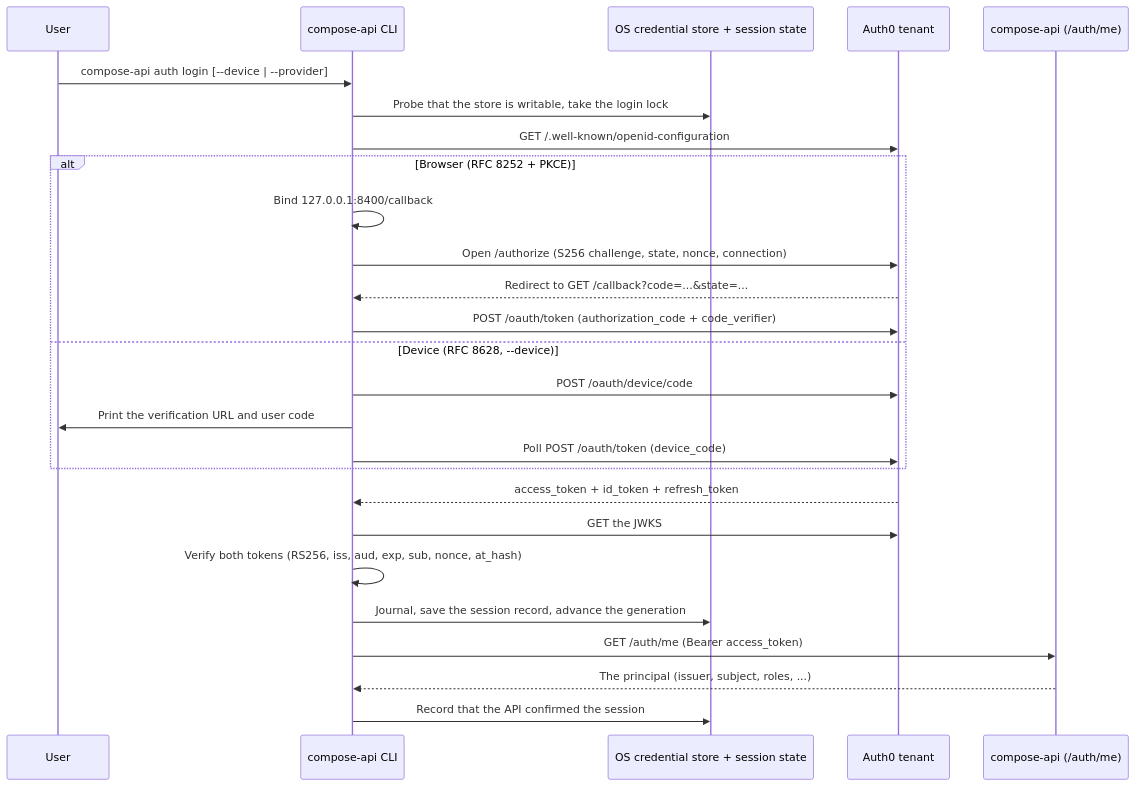
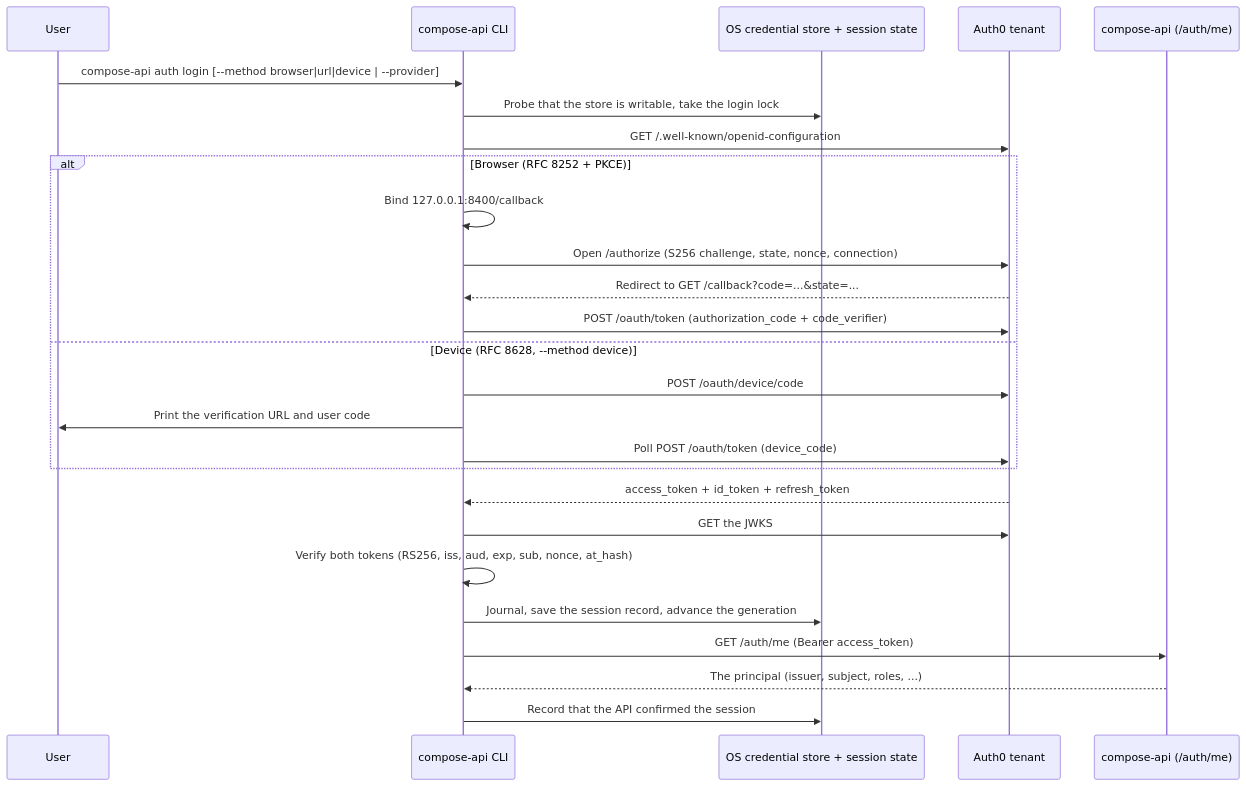
One commit to biosimulations/compose-api changed the diagram in docs/cli-auth-vs-vcell.md. Above: the diagram before and after it, drawn with Mermaid. The commit also changed other lines of this file and 13 other files, not shown here.

First line of the commit message:
feat(cli): one --method option, and auto picks device over SSH

````diff
--- a/docs/cli-auth-vs-vcell.md
+++ b/docs/cli-auth-vs-vcell.md
@@ -44,29 +44,29 @@
 ```mermaid
 sequenceDiagram
     participant User
     participant CLI as compose-api CLI
     participant Store as OS credential store + session state
     participant Auth0 as Auth0 tenant
     participant API as compose-api (/auth/me)
 
-    User->>CLI: compose-api auth login [--device | --provider]
+    User->>CLI: compose-api auth login [--method browser|url|device | --provider]
     CLI->>Store: Probe that the store is writable, take the login lock
     CLI->>Auth0: GET /.well-known/openid-configuration
     alt Browser (RFC 8252 + PKCE)
         CLI->>CLI: Bind 127.0.0.1:8400/callback
         CLI->>Auth0: Open /authorize (S256 challenge, state, nonce, connection)
         Auth0-->>CLI: Redirect to GET /callback?code=...&state=...
         CLI->>Auth0: POST /oauth/token (authorization_code + code_verifier)
-    else Device (RFC 8628, --device)
+    else Device (RFC 8628, --method device)
         CLI->>Auth0: POST /oauth/device/code
         CLI->>User: Print the verification URL and user code
         CLI->>Auth0: Poll POST /oauth/token (device_code)
     end
     Auth0-->>CLI: access_token + id_token + refresh_token
     CLI->>Auth0: GET the JWKS
     CLI->>CLI: Verify both tokens (RS256, iss, aud, exp, sub, nonce, at_hash)
     CLI->>Store: Journal, save the session record, advance the generation
     CLI->>API: GET /auth/me (Bearer access_token)
     API-->>CLI: The principal (issuer, subject, roles, ...)
     CLI->>Store: Record that the API confirmed the session
 ```
````
